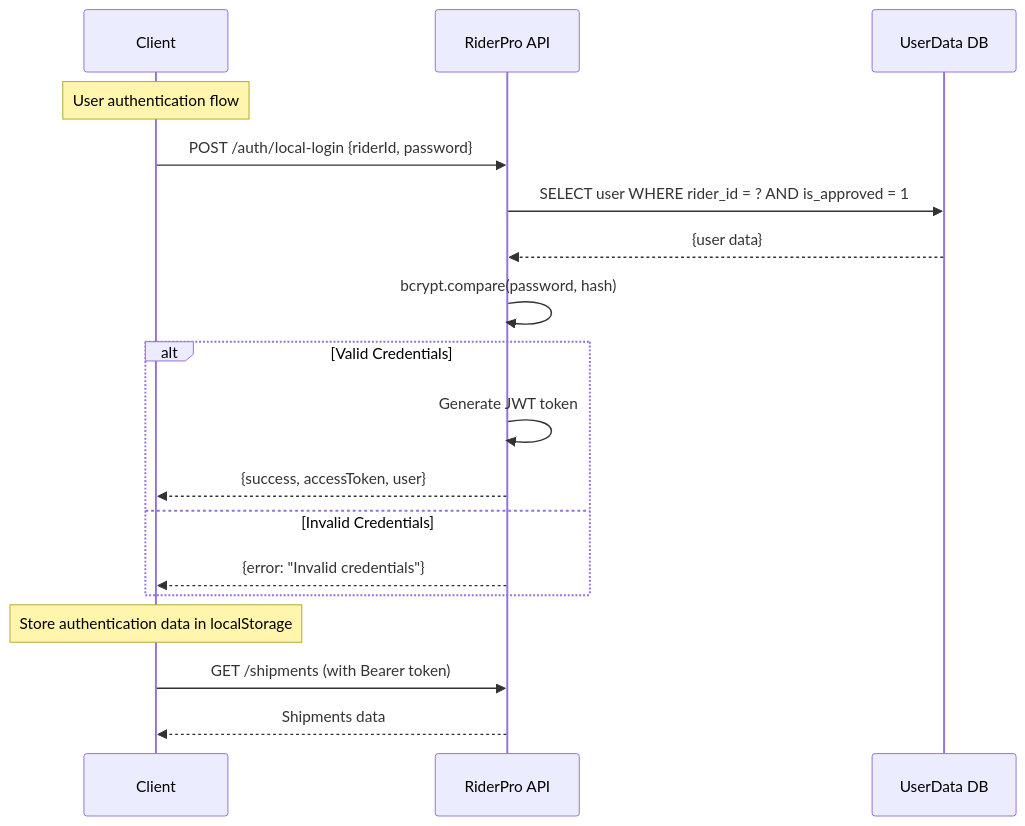
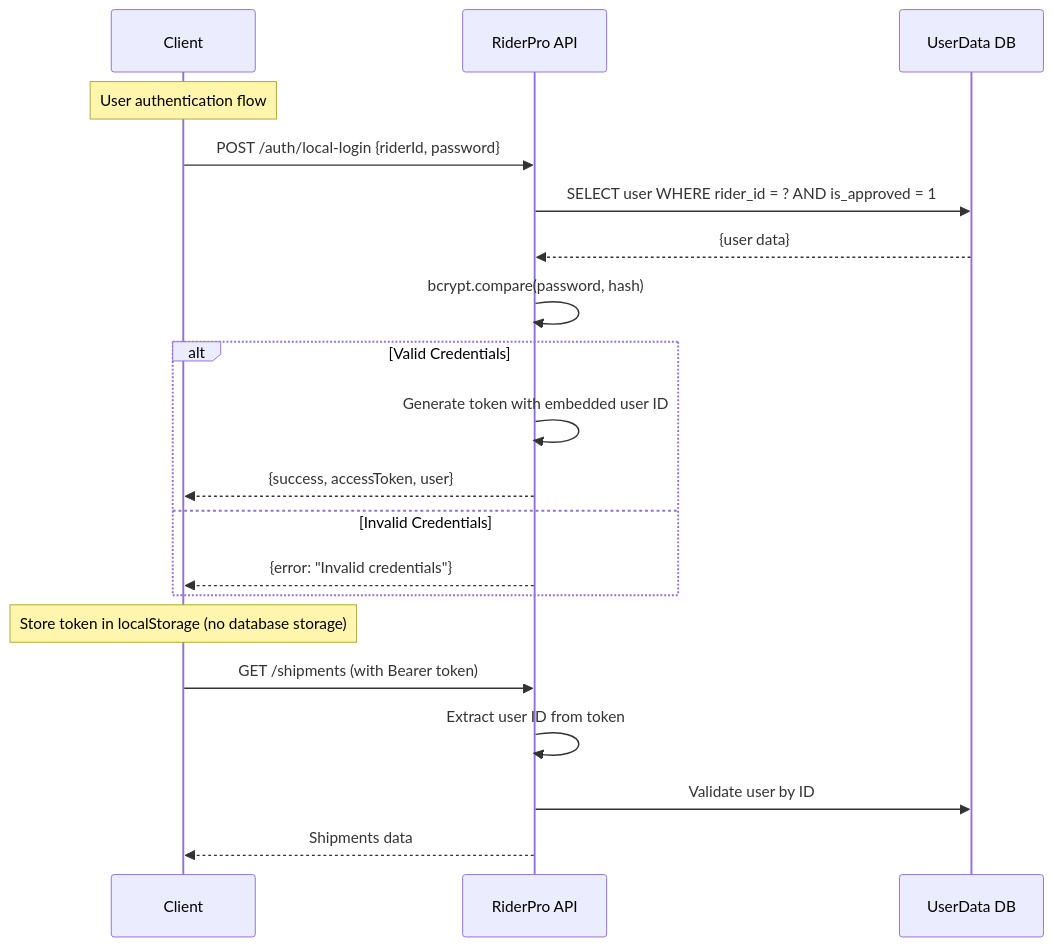
The diagram in docs/authentication-system.md (printo/RiderPro), drawn with Mermaid before and after one commit. The commit also changed other lines of this file and 7 other files, not shown here.

First line of the commit message:
Update authentication system and database schema for improved efficiency

````diff
--- a/docs/authentication-system.md
+++ b/docs/authentication-system.md
@@ -22,24 +22,26 @@
 ```mermaid
 sequenceDiagram
     participant Client
     participant RiderPro API
     participant UserData DB
     
     Note over Client: User authentication flow
     
     Client->>RiderPro API: POST /auth/local-login {riderId, password}
     RiderPro API->>UserData DB: SELECT user WHERE rider_id = ? AND is_approved = 1
     UserData DB-->>RiderPro API: {user data}
     RiderPro API->>RiderPro API: bcrypt.compare(password, hash)
     alt Valid Credentials
-        RiderPro API->>RiderPro API: Generate JWT token
+        RiderPro API->>RiderPro API: Generate token with embedded user ID
         RiderPro API-->>Client: {success, accessToken, user}
     else Invalid Credentials
         RiderPro API-->>Client: {error: "Invalid credentials"}
     end
     
-    Note over Client: Store authentication data in localStorage
+    Note over Client: Store token in localStorage (no database storage)
     
     Client->>RiderPro API: GET /shipments (with Bearer token)
+    RiderPro API->>RiderPro API: Extract user ID from token
+    RiderPro API->>UserData DB: Validate user by ID
     RiderPro API-->>Client: Shipments data
 ```
````
